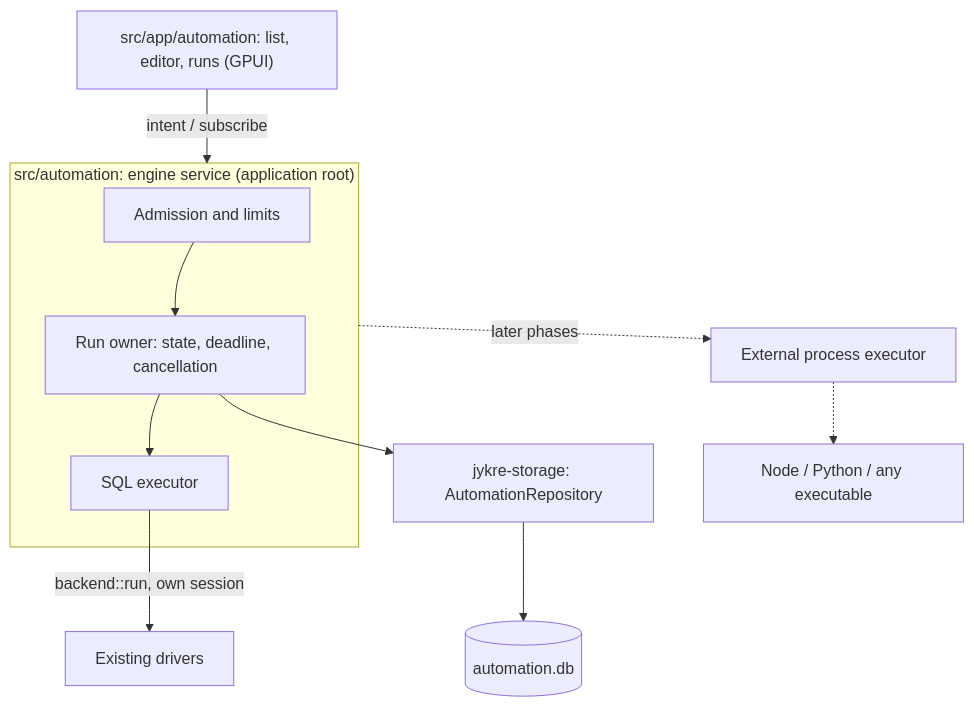
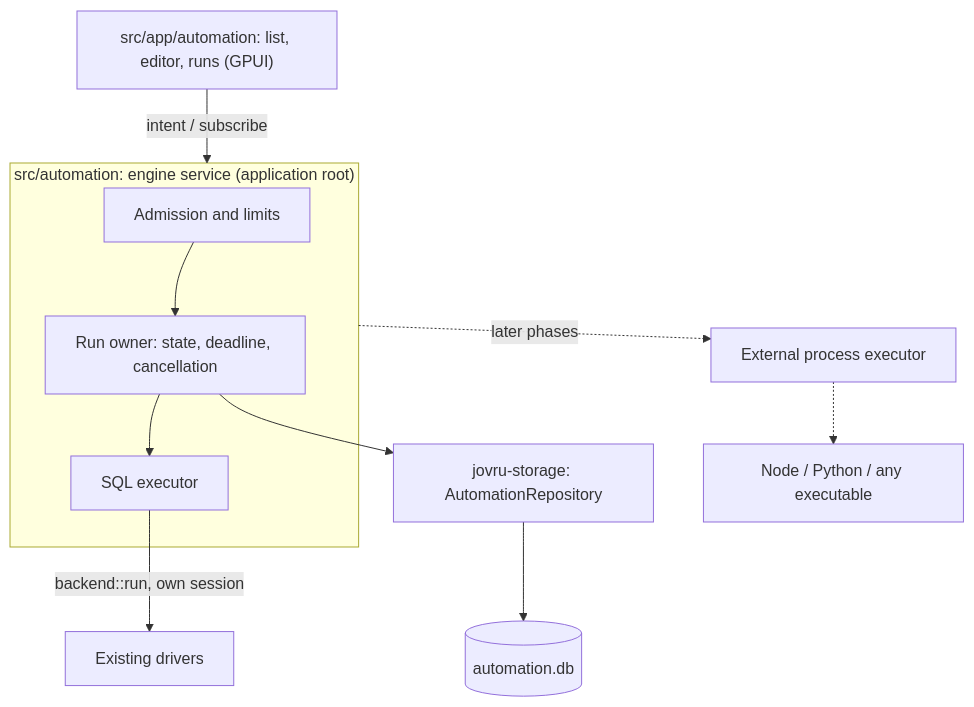
Before and after one commit to alandariva/jovru: the diagram in docs/plans/automation-engine-specification.md, drawn with Mermaid. The commit also changed other lines of this file and 118 other files, not shown here.

````diff
--- a/docs/plans/automation-engine-specification.md
+++ b/docs/plans/automation-engine-specification.md
@@ -114,13 +114,13 @@
 ```mermaid
 flowchart TB
   VIEWS["src/app/automation: list, editor, runs (GPUI)"] -->|intent / subscribe| ENGINE
   subgraph ENGINE["src/automation: engine service (application root)"]
     ADMIT[Admission and limits] --> OWNER[Run owner: state, deadline, cancellation]
     OWNER --> SQLX[SQL executor]
   end
   SQLX -->|backend::run, own session| DRIVERS[Existing drivers]
-  OWNER --> REPO["jykre-storage: AutomationRepository"]
+  OWNER --> REPO["jovru-storage: AutomationRepository"]
   REPO --> DB[("automation.db")]
   ENGINE -.later phases.-> PROC[External process executor]
   PROC -.-> JOB[Node / Python / any executable]
 ```
````
